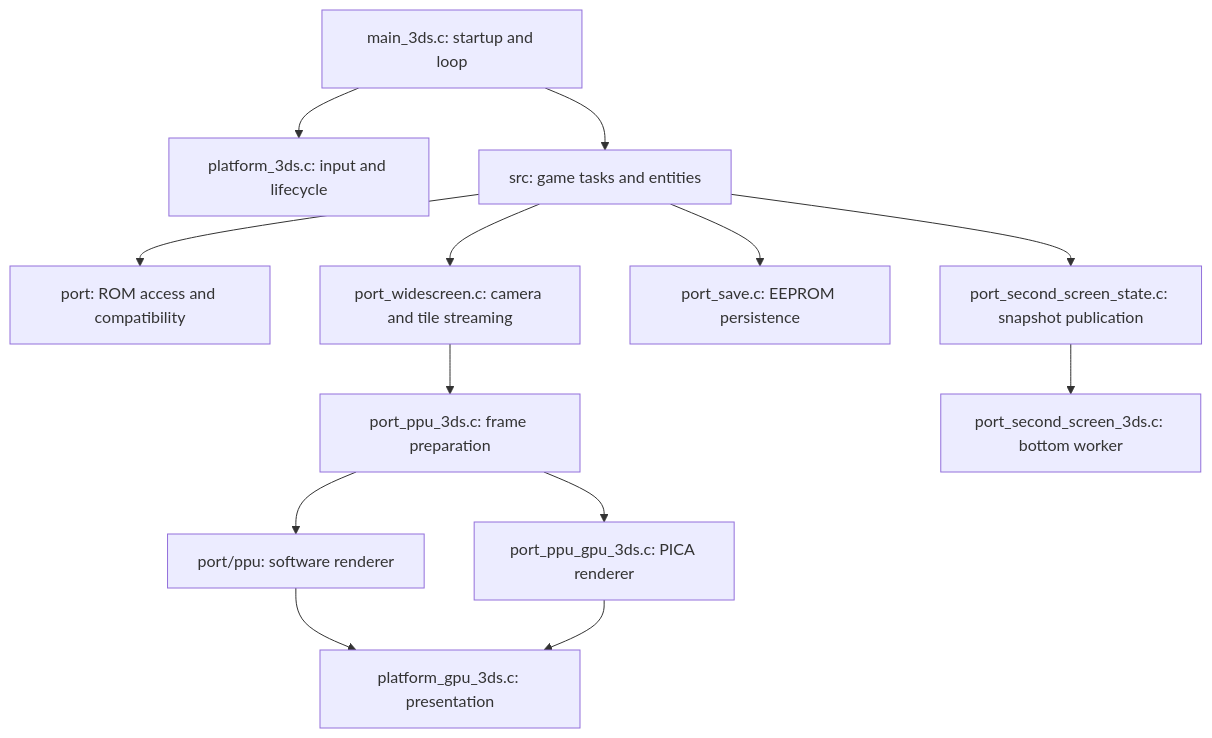
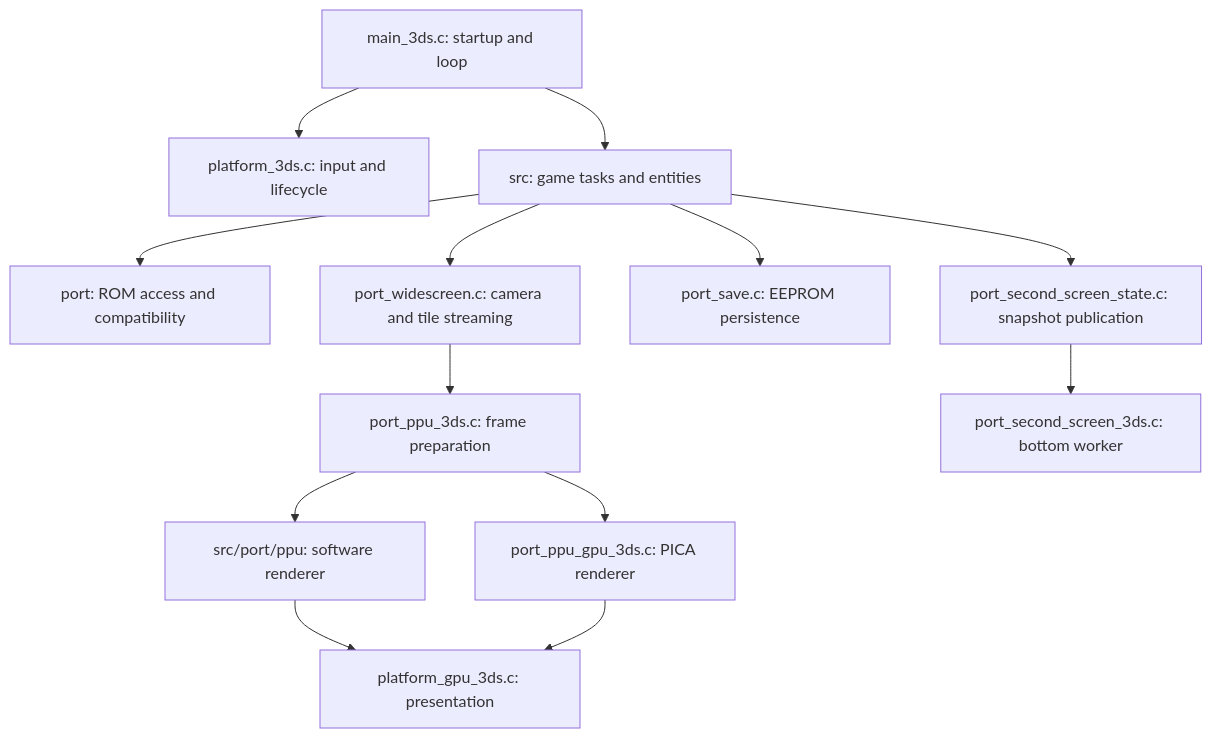
One commit to EstebanPdN/zelda-tmc-3ds changed the diagram in docs/ARCHITECTURE.md. Above: the diagram before and after it, drawn with Mermaid. The commit also changed other lines of this file and 1198 other files, not shown here.

````diff
--- a/docs/ARCHITECTURE.md
+++ b/docs/ARCHITECTURE.md
@@ -28,15 +28,15 @@
 ```mermaid
 flowchart TD
     A[main_3ds.c: startup and loop] --> B[platform_3ds.c: input and lifecycle]
     A --> C[src: game tasks and entities]
     C --> D[port: ROM access and compatibility]
     C --> E[port_widescreen.c: camera and tile streaming]
     C --> F[port_save.c: EEPROM persistence]
     C --> G[port_second_screen_state.c: snapshot publication]
     E --> H[port_ppu_3ds.c: frame preparation]
-    H --> I[port/ppu: software renderer]
+    H --> I[src/port/ppu: software renderer]
     H --> J[port_ppu_gpu_3ds.c: PICA renderer]
     I --> K[platform_gpu_3ds.c: presentation]
     J --> K
     G --> L[port_second_screen_3ds.c: bottom worker]
 ```
````
